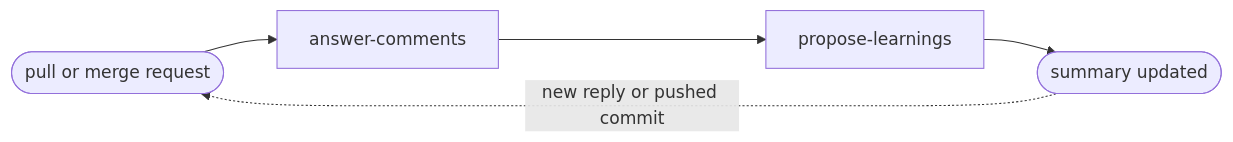
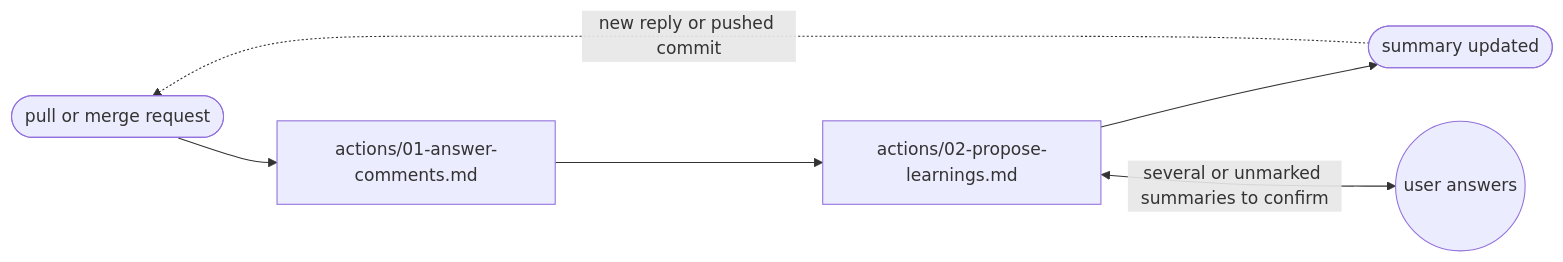
Before and after one commit to ai-driven-dev/framework: the diagram in plugins/aidd-vcs/skills/06-answer-comments/SKILL.md, drawn with Mermaid. The commit also changed other lines of this file and 5 other files, not shown here.

First line of the commit message:
refactor(aidd-vcs): bring answer-comments to the current skill format

````diff
--- a/plugins/aidd-vcs/skills/06-answer-comments/SKILL.md
+++ b/plugins/aidd-vcs/skills/06-answer-comments/SKILL.md
@@ -9,5 +9,8 @@
 ```mermaid
 flowchart LR
-  request([pull or merge request]) --> answer-comments --> propose-learnings --> summary([summary updated])
+  request([pull or merge request]) --> answer["actions/01-answer-comments.md"]
+  answer --> learn["actions/02-propose-learnings.md"]
+  learn --> summary([summary updated])
+  learn <-->|"several or unmarked summaries to confirm"| user((user answers))
   summary -.->|new reply or pushed commit| request
 ```
````
